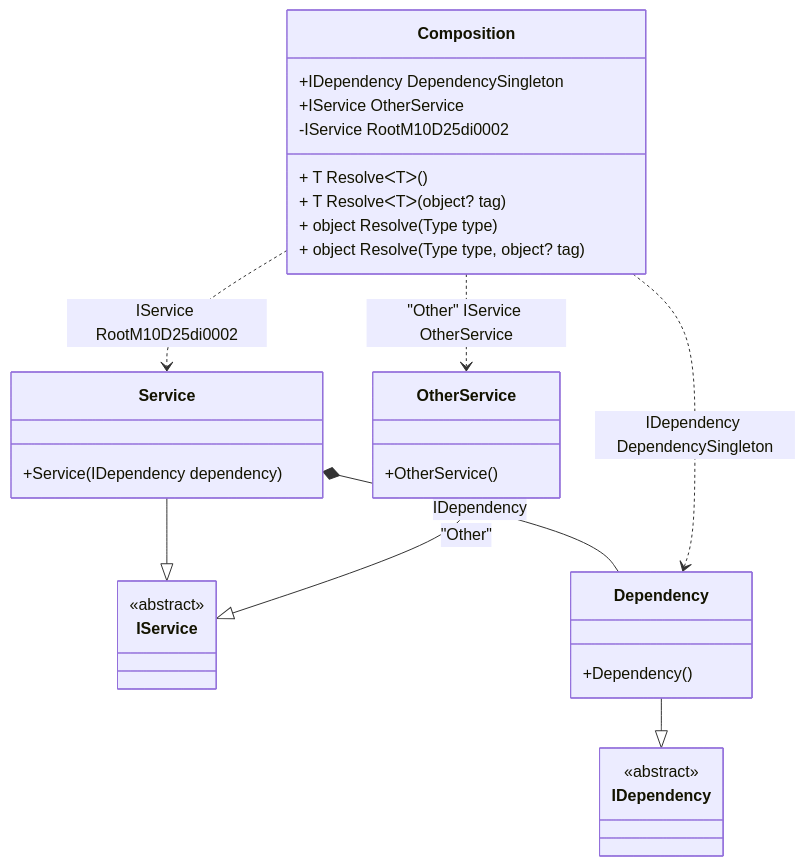
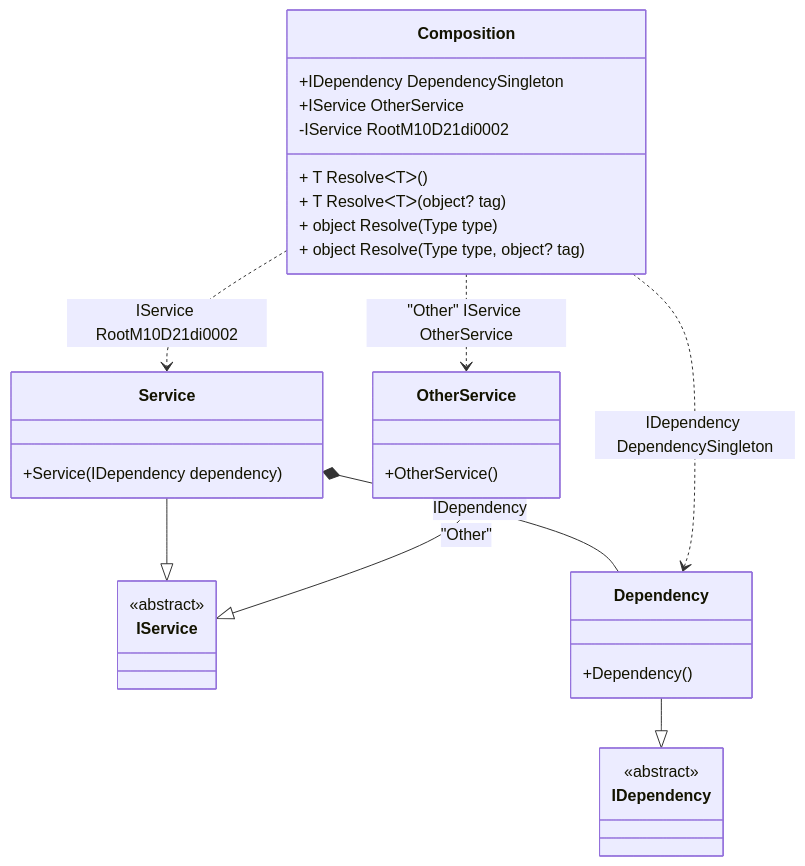
One commit to DevTeam/Pure.DI changed the diagram in readme/resolve-methods.md. Above: the diagram before and after it, drawn with Mermaid. The commit also changed other lines of this file and 82 other files, not shown here.

````diff
--- a/readme/resolve-methods.md
+++ b/readme/resolve-methods.md
@@ -47,34 +47,34 @@
 ```mermaid
 classDiagram
   class Composition {
     +IDependency DependencySingleton
     +IService OtherService
-    -IService RootM10D25di0002
+    -IService RootM10D21di0002
     + T ResolveᐸTᐳ()
     + T ResolveᐸTᐳ(object? tag)
     + object Resolve(Type type)
     + object Resolve(Type type, object? tag)
   }
   Service --|> IService : 
   class Service {
     +Service(IDependency dependency)
   }
   Dependency --|> IDependency : 
   class Dependency {
     +Dependency()
   }
   OtherService --|> IService : "Other" 
   class OtherService {
     +OtherService()
   }
   class IService {
     <<abstract>>
   }
   class IDependency {
     <<abstract>>
   }
   Service *--  Dependency : IDependency
   Composition ..> Dependency : IDependency DependencySingleton
-  Composition ..> Service : IService RootM10D25di0002
+  Composition ..> Service : IService RootM10D21di0002
   Composition ..> OtherService : "Other" IService OtherService
 ```
````
